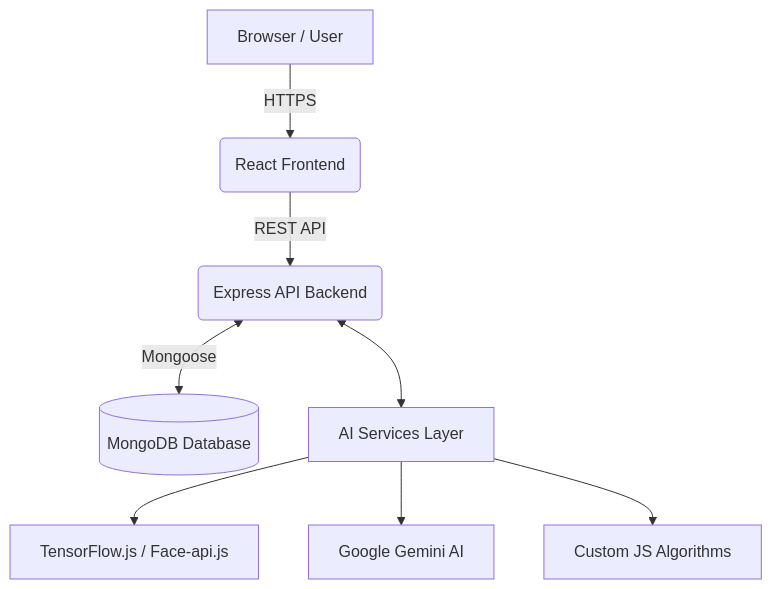
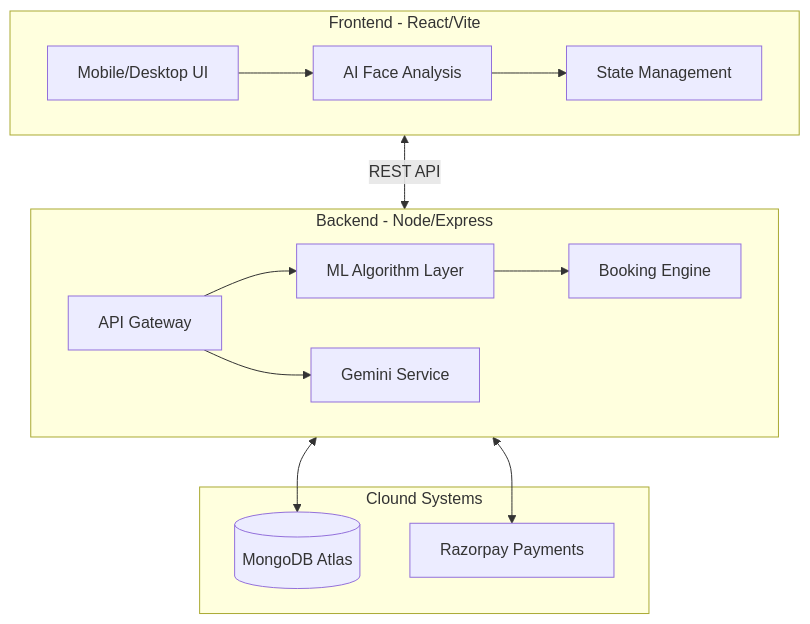
The diagram in README.md (MohamedThoufiq07/Booksaloonz-full-project), drawn with Mermaid before and after one commit. The commit also changed other lines of this file and 5 other files, not shown here.

````diff
--- a/README.md
+++ b/README.md
@@ -40,10 +78,22 @@
 ```mermaid
 flowchart TD
-    A[Browser / User] -->|HTTPS| B(React Frontend)
-    B -->|REST API| C(Express API Backend)
-    C <-->|Mongoose| D[(MongoDB Database)]
-    C <--> E[AI Services Layer]
-    E --> F[TensorFlow.js / Face-api.js]
-    E --> G[Google Gemini AI]
-    E --> H[Custom JS Algorithms]
+    subgraph Client_Side [Frontend - React/Vite]
+        A[Mobile/Desktop UI] --> B[AI Face Analysis]
+        B --> C[State Management]
+    end
+
+    subgraph Server_Side [Backend - Node/Express]
+        D[API Gateway] --> E[ML Algorithm Layer]
+        D --> F[Gemini Service]
+        E --> G[Booking Engine]
+    end
+
+    subgraph Data_Storage [Clound Systems]
+        H[(MongoDB Atlas)]
+        I[Razorpay Payments]
+    end
+
+    Client_Side <-->|REST API| Server_Side
+    Server_Side <--> H
+    Server_Side <--> I
 ```
````
